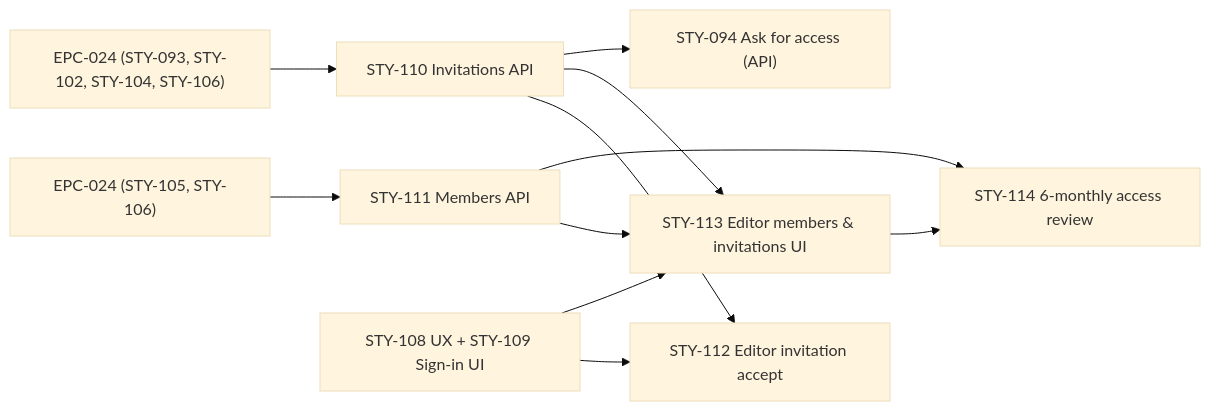
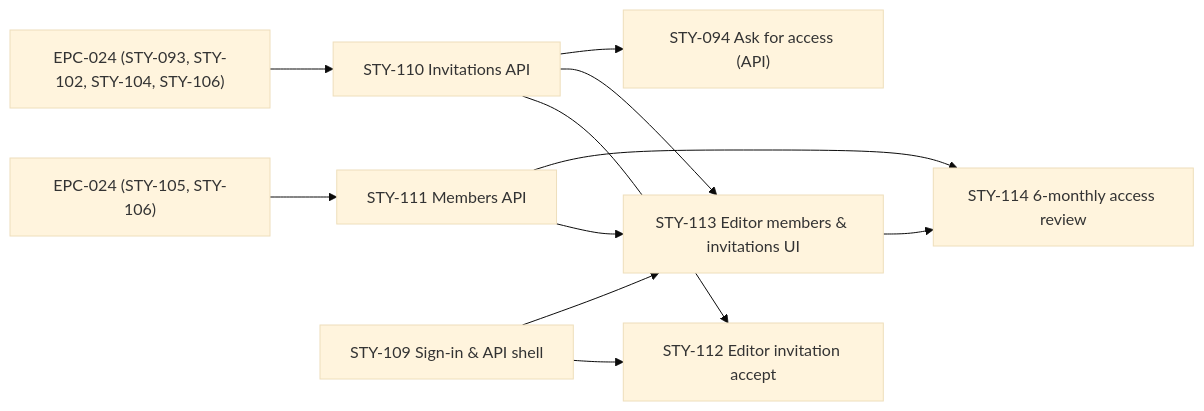
One commit to DHCW-Digital-Health-and-Care-Wales/roadmaps changed the diagram in docs/backlog/EPC-025-tenant-members-and-invitations/README.md. Above: the diagram before and after it, drawn with Mermaid (base theme). The commit also changed other lines of this file and 13 other files, not shown here.

First line of the commit message:
docs(backlog): grill STY-108 app shell UX, open EPC-030 and amend ADR-018 (#333)

````diff
--- a/docs/backlog/EPC-025-tenant-members-and-invitations/README.md
+++ b/docs/backlog/EPC-025-tenant-members-and-invitations/README.md
@@ -96,13 +99,13 @@
 ```mermaid
 flowchart LR
   EPC24A["EPC-024 (STY-093, STY-102, STY-104, STY-106)"] --> STY110["STY-110 Invitations API"]
   EPC24B["EPC-024 (STY-105, STY-106)"] --> STY111["STY-111 Members API"]
-  STY108["STY-108 UX + STY-109 Sign-in UI"] --> STY112["STY-112 Editor invitation accept"]
+  STY109["STY-109 Sign-in & API shell"] --> STY112["STY-112 Editor invitation accept"]
   STY110 --> STY112
-  STY108 --> STY113["STY-113 Editor members & invitations UI"]
+  STY109 --> STY113["STY-113 Editor members & invitations UI"]
   STY110 --> STY113
   STY111 --> STY113
   STY111 --> STY114["STY-114 6-monthly access review"]
   STY113 --> STY114
   STY110 --> STY094["STY-094 Ask for access (API)"]
 ```
````
